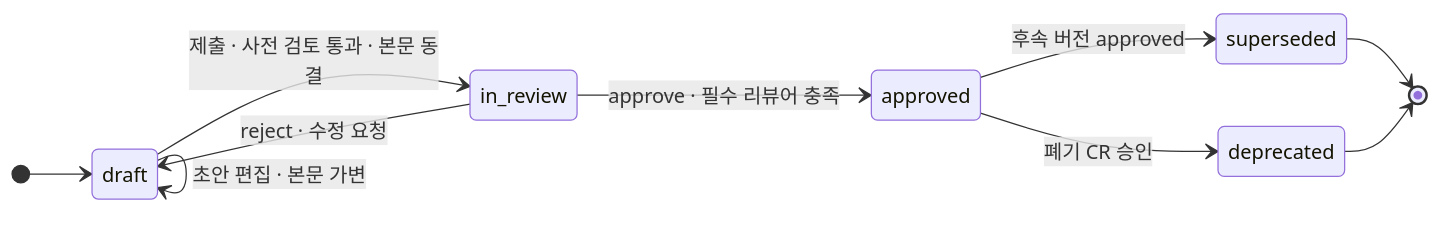
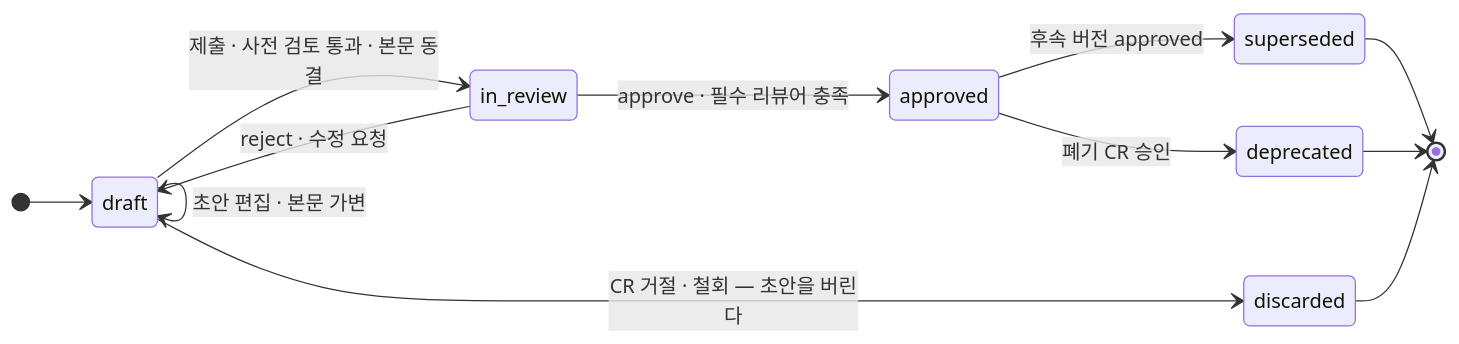
One commit to worker-ants/nerv changed the first of 3 diagrams in docs/03-proposal/spec-workflow.md. Above: the diagram before and after it, drawn with Mermaid. The commit also changed other lines of this file and 186 other files, not shown here.

````diff
--- a/docs/03-proposal/spec-workflow.md
+++ b/docs/03-proposal/spec-workflow.md
@@ -138,13 +150,15 @@
 ```mermaid
 stateDiagram-v2
     direction LR
     [*] --> draft
     draft --> draft: 초안 편집 · 본문 가변
     draft --> in_review: 제출 · 사전 검토 통과 · 본문 동결
     in_review --> draft: reject · 수정 요청
+    draft --> discarded: CR 거절 · 철회 — 초안을 버린다
     in_review --> approved: approve · 필수 리뷰어 충족
     approved --> superseded: 후속 버전 approved
     approved --> deprecated: 폐기 CR 승인
     superseded --> [*]
     deprecated --> [*]
+    discarded --> [*]
 ```
````
